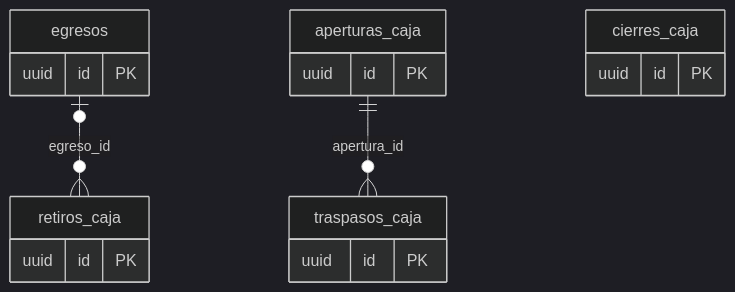
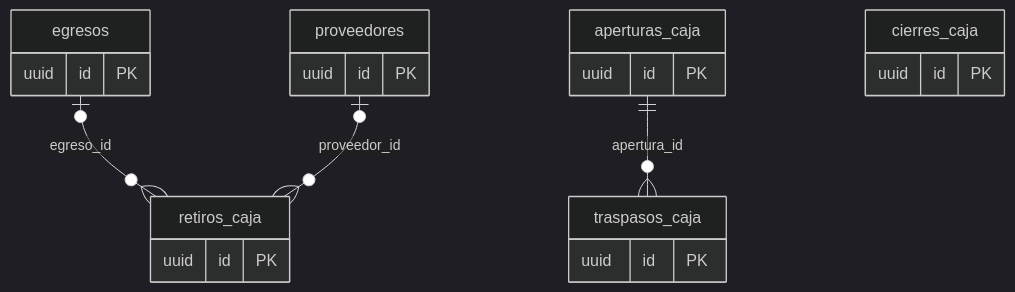
One commit to gabriel-300/kioscos-ideia changed the fourth of 8 diagrams in docs/base-de-datos.md. Above: the diagram before and after it, drawn with Mermaid (dark theme). The commit also changed other lines of this file and 3 other files, not shown here.

First line of the commit message:
docs: refrescar el mapa de la base con la migración 103 (descarte de entregas y pago a proveedor autorizado en retiros)

````diff
--- a/docs/base-de-datos.md
+++ b/docs/base-de-datos.md
@@ -597,20 +600,24 @@
 ```mermaid
 erDiagram
   egresos |o--o{ retiros_caja : "egreso_id"
+  proveedores |o--o{ retiros_caja : "proveedor_id"
   aperturas_caja ||--o{ traspasos_caja : "apertura_id"
   aperturas_caja {
     uuid id PK
   }
   traspasos_caja {
     uuid id PK
   }
   cierres_caja {
     uuid id PK
   }
   retiros_caja {
     uuid id PK
   }
   egresos {
     uuid id PK
   }
+  proveedores {
+    uuid id PK
+  }
 ```
````
